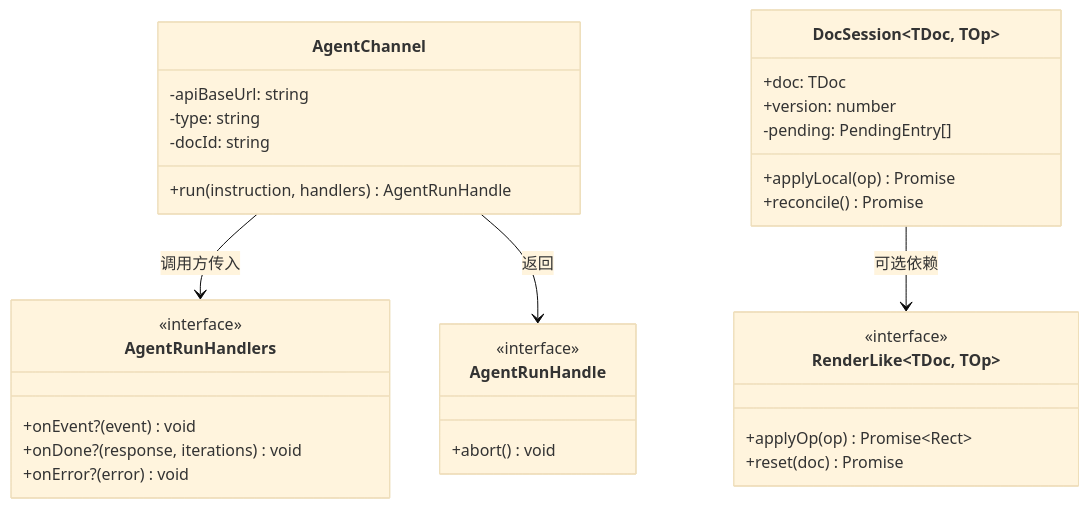
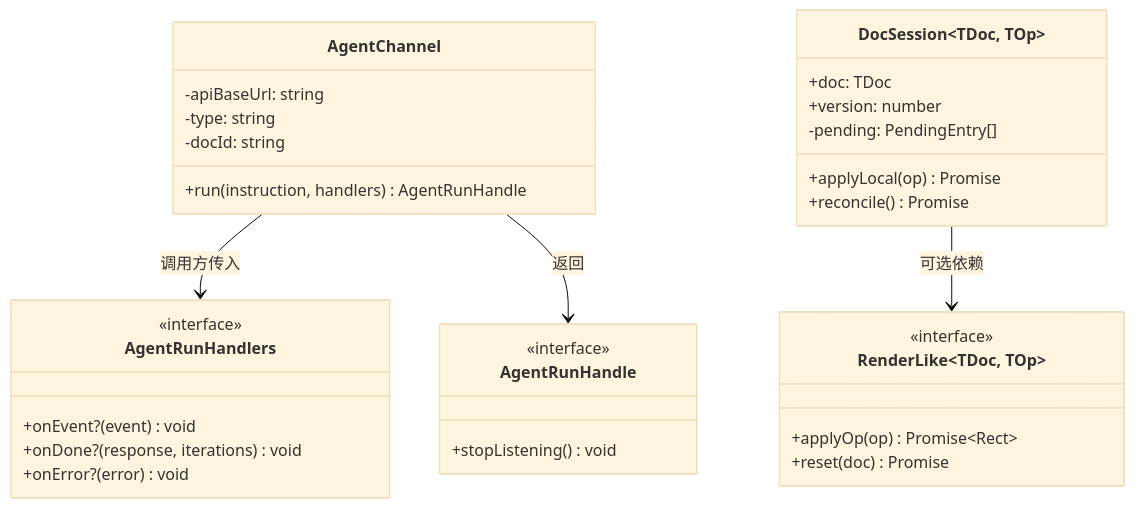
Before and after one commit to shazhou-ww/unidocs: diagram 16 of 17 in docs/superpowers/specs/2026-08-26-agent-sdk-design.md, drawn with Mermaid (base theme). The commit also changed other lines of this file, not shown here.

````diff
--- a/docs/superpowers/specs/2026-08-26-agent-sdk-design.md
+++ b/docs/superpowers/specs/2026-08-26-agent-sdk-design.md
@@ -1523,39 +1533,39 @@
 ```mermaid
 classDiagram
     class AgentChannel {
         -apiBaseUrl: string
         -type: string
         -docId: string
         +run(instruction, handlers) AgentRunHandle
     }
 
     class AgentRunHandlers {
         <<interface>>
         +onEvent?(event) void
         +onDone?(response, iterations) void
         +onError?(error) void
     }
 
     class AgentRunHandle {
         <<interface>>
-        +abort() void
+        +stopListening() void
     }
 
     class DocSession~TDoc, TOp~ {
         +doc: TDoc
         +version: number
         -pending: PendingEntry[]
         +applyLocal(op) Promise
         +reconcile() Promise
     }
 
     class RenderLike~TDoc, TOp~ {
         <<interface>>
         +applyOp(op) Promise~Rect~
         +reset(doc) Promise
     }
 
     AgentChannel --> AgentRunHandlers : 调用方传入
     AgentChannel --> AgentRunHandle : 返回
     DocSession --> RenderLike : 可选依赖
 ```
````
